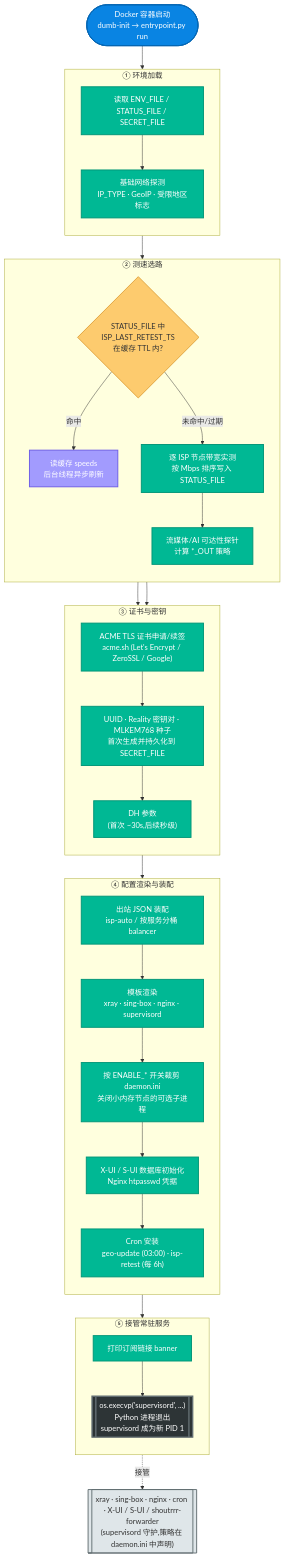
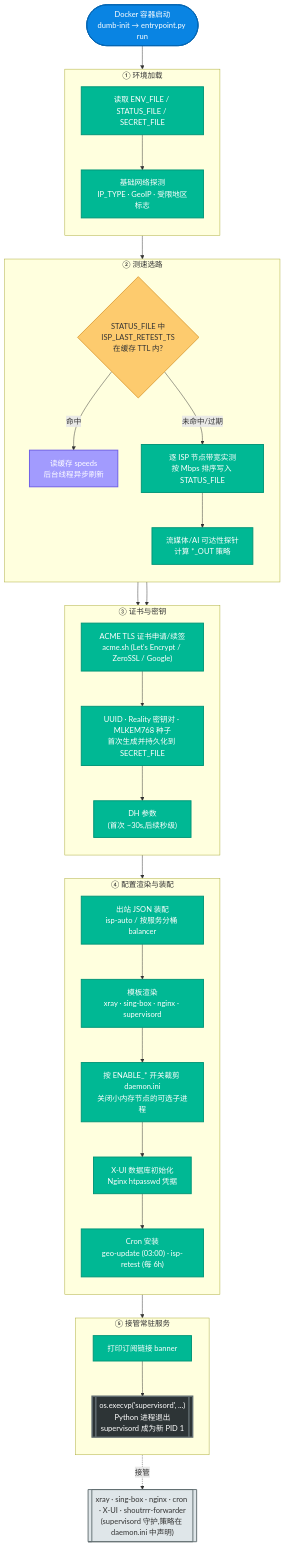
The seventh of 12 diagrams in docs/01-architecture-and-traffic.md (currycan/sb-xray), drawn with Mermaid before and after one commit. The commit also changed other lines of this file and 23 other files, not shown here.

````diff
--- a/docs/01-architecture-and-traffic.md
+++ b/docs/01-architecture-and-traffic.md
@@ -353,61 +374,61 @@
 ```mermaid
 flowchart TB
     classDef entry    fill:#0984e3,stroke:#0566b3,stroke-width:2px,color:#fff
     classDef process  fill:#00b894,stroke:#009577,stroke-width:2px,color:#fff
     classDef decision fill:#fdcb6e,stroke:#e0a33e,stroke-width:2px,color:#333
     classDef data     fill:#a29bfe,stroke:#6c5ce7,stroke-width:2px,color:#fff
     classDef external fill:#dfe6e9,stroke:#636e72,stroke-width:2px,color:#333
     classDef terminal fill:#2d3436,stroke:#636e72,stroke-width:3px,color:#fff
 
     Start(["Docker 容器启动<br/>dumb-init → entrypoint.py run"]):::entry
 
     subgraph P1 ["① 环境加载"]
         direction TB
         L1["读取 ENV_FILE / STATUS_FILE / SECRET_FILE"]:::process
         L2["基础网络探测<br/>IP_TYPE · GeoIP · 受限地区标志"]:::process
         L1 --> L2
     end
 
     subgraph P2 ["② 测速选路"]
         direction TB
         D1{"STATUS_FILE 中<br/>ISP_LAST_RETEST_TS<br/>在缓存 TTL 内?"}:::decision
         S1["逐 ISP 节点带宽实测<br/>按 Mbps 排序写入 STATUS_FILE"]:::process
         S2["流媒体/AI 可达性探针<br/>计算 *_OUT 策略"]:::process
         S3["读缓存 speeds<br/>后台线程异步刷新"]:::data
         D1 -- "命中" --> S3
         D1 -- "未命中/过期" --> S1 --> S2
     end
 
     subgraph P3 ["③ 证书与密钥"]
         direction TB
         C1["ACME TLS 证书申请/续签<br/>acme.sh (Let's Encrypt / ZeroSSL / Google)"]:::process
         C2["UUID · Reality 密钥对 · MLKEM768 种子<br/>首次生成并持久化到 SECRET_FILE"]:::process
         C3["DH 参数<br/>(首次 ~30s,后续秒级)"]:::process
         C1 --> C2 --> C3
     end
 
     subgraph P4 ["④ 配置渲染与装配"]
         direction TB
         R1["出站 JSON 装配<br/>isp-auto / 按服务分桶 balancer"]:::process
         R2["模板渲染<br/>xray · sing-box · nginx · supervisord"]:::process
         R3["按 ENABLE_* 开关裁剪 daemon.ini<br/>关闭小内存节点的可选子进程"]:::process
-        R4["X-UI / S-UI 数据库初始化<br/>Nginx htpasswd 凭据"]:::process
+        R4["X-UI 数据库初始化<br/>Nginx htpasswd 凭据"]:::process
         R5["Cron 安装<br/>geo-update (03:00) · isp-retest (每 6h)"]:::process
         R1 --> R2 --> R3 --> R4 --> R5
     end
 
     subgraph P5 ["⑤ 接管常驻服务"]
         direction TB
         F1["打印订阅链接 banner"]:::process
         F2[["os.execvp('supervisord', ...)<br/>Python 进程退出<br/>supervisord 成为新 PID 1"]]:::terminal
         F1 --> F2
     end
 
-    Daemons[["xray · sing-box · nginx · cron · X-UI / S-UI / shoutrrr-forwarder<br/>(supervisord 守护,策略在 daemon.ini 中声明)"]]:::external
+    Daemons[["xray · sing-box · nginx · cron · X-UI · shoutrrr-forwarder<br/>(supervisord 守护,策略在 daemon.ini 中声明)"]]:::external
 
     Start --> P1 --> P2
     S2 --> P3
     S3 --> P3
     P3 --> P4 --> P5
     F2 -.接管.-> Daemons
 ```
````
